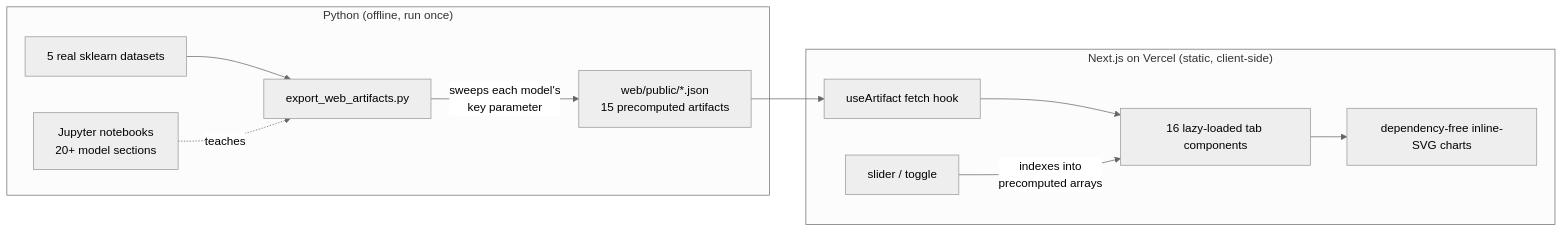
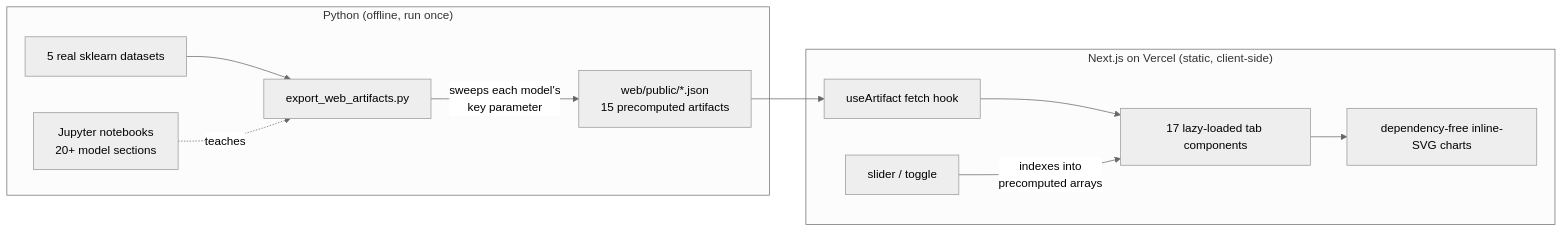
One commit to shiva-shivanibokka/Dive-deeper-into-linear-models changed the diagram in README.md. Above: the diagram before and after it, drawn with Mermaid (neutral theme). The commit also changed other lines of this file, not shown here.

````diff
--- a/README.md
+++ b/README.md
@@ -81,14 +83,14 @@
 ```mermaid
 flowchart LR
     subgraph Python["Python (offline, run once)"]
         DS[5 real sklearn datasets] --> EX[export_web_artifacts.py]
         NB[Jupyter notebooks<br/>20+ model sections] -.teaches.-> EX
         EX -->|sweeps each model's<br/>key parameter| JSON[web/public/*.json<br/>15 precomputed artifacts]
     end
     subgraph Browser["Next.js on Vercel (static, client-side)"]
         JSON --> HOOK[useArtifact fetch hook]
-        HOOK --> TAB[16 lazy-loaded tab components]
+        HOOK --> TAB[17 lazy-loaded tab components]
         TAB --> SVG[dependency-free inline-SVG charts]
         CTRL[slider / toggle] -->|indexes into<br/>precomputed arrays| TAB
     end
 ```
````
